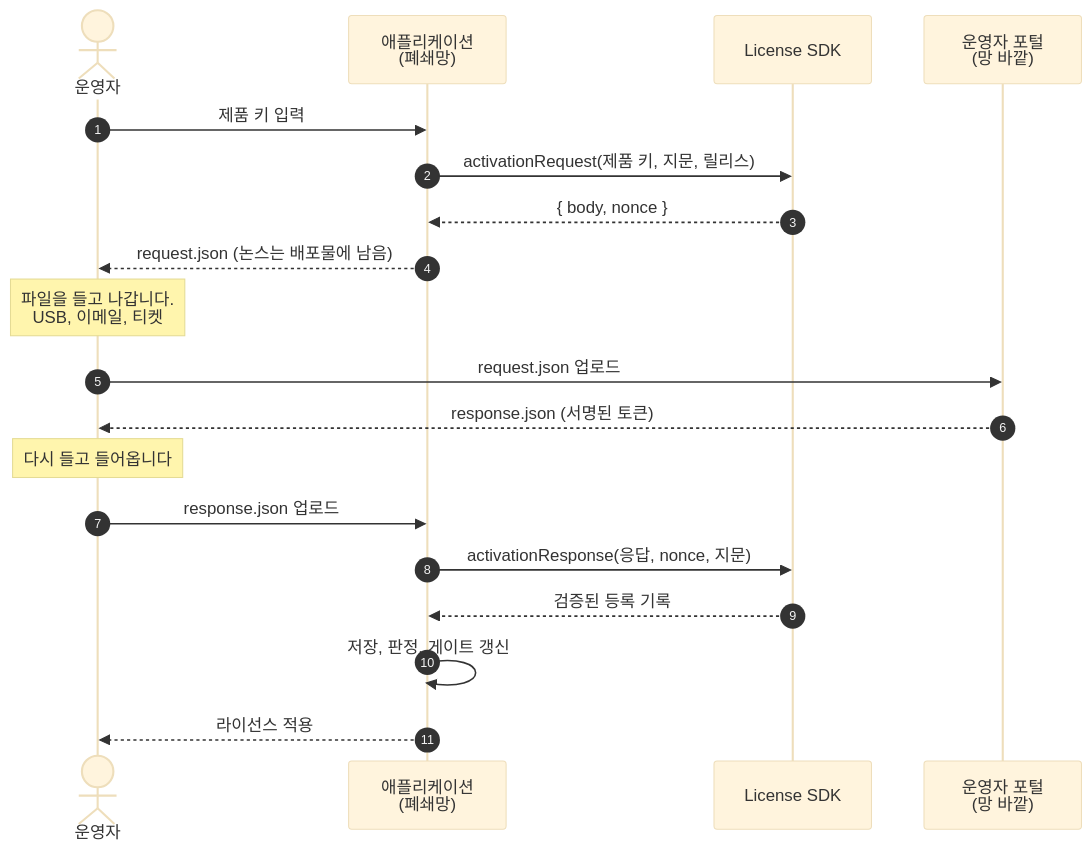
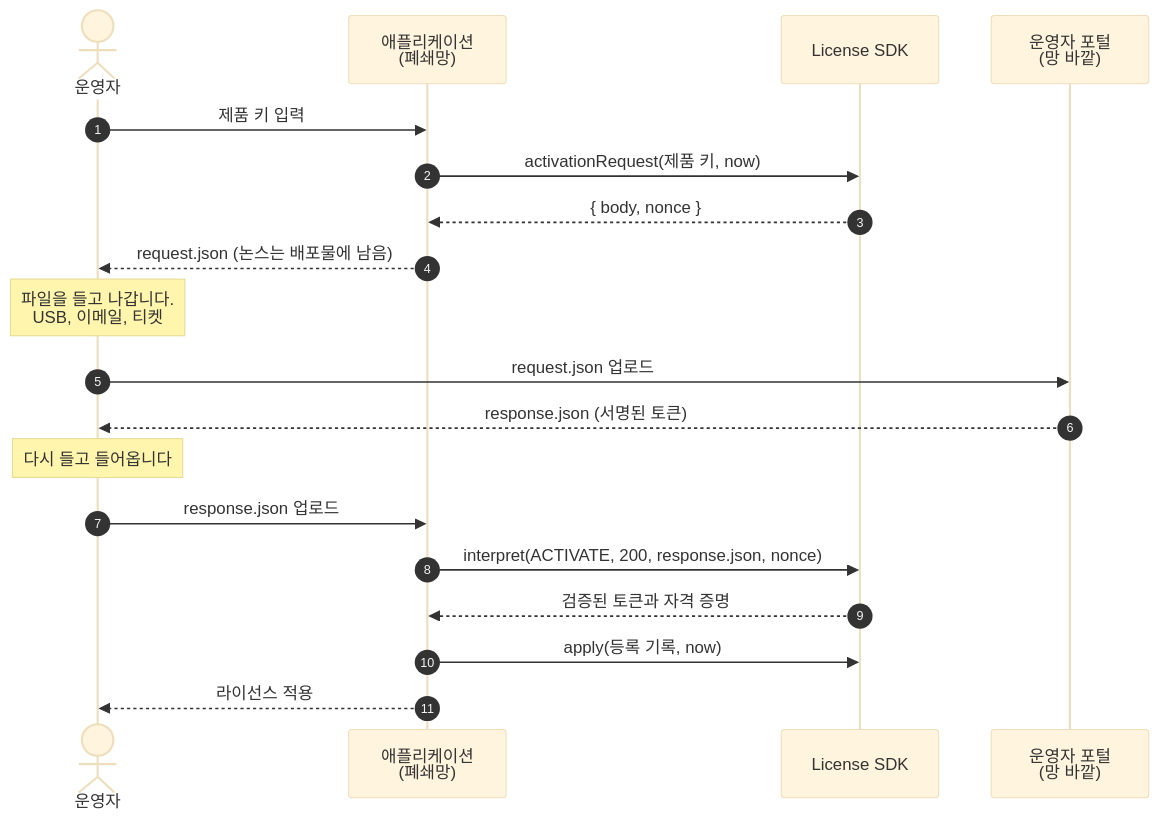
One commit to accesscore-dev/accesscore-license-sdk-dist changed the second of 7 diagrams in docs/manual/ko/concepts.md. Above: the diagram before and after it, drawn with Mermaid (base theme). The commit also changed other lines of this file and 28 other files, not shown here.

````diff
--- a/docs/manual/ko/concepts.md
+++ b/docs/manual/ko/concepts.md
@@ -111,24 +111,24 @@
 ```mermaid
 sequenceDiagram
     autonumber
     actor Op as 운영자
     participant App as 애플리케이션<br/>(폐쇄망)
     participant SDK as License SDK
     participant Portal as 운영자 포털<br/>(망 바깥)
 
     Op->>App: 제품 키 입력
-    App->>SDK: activationRequest(제품 키, 지문, 릴리스)
+    App->>SDK: activationRequest(제품 키, now)
     SDK-->>App: { body, nonce }
     App-->>Op: request.json  (논스는 배포물에 남음)
     Note over Op: 파일을 들고 나갑니다.<br/>USB, 이메일, 티켓
 
     Op->>Portal: request.json 업로드
     Portal-->>Op: response.json  (서명된 토큰)
     Note over Op: 다시 들고 들어옵니다
 
     Op->>App: response.json 업로드
-    App->>SDK: activationResponse(응답, nonce, 지문)
-    SDK-->>App: 검증된 등록 기록
-    App->>App: 저장, 판정, 게이트 갱신
+    App->>SDK: interpret(ACTIVATE, 200, response.json, nonce)
+    SDK-->>App: 검증된 토큰과 자격 증명
+    App->>SDK: apply(등록 기록, now)
     App-->>Op: 라이선스 적용
 ```
````
